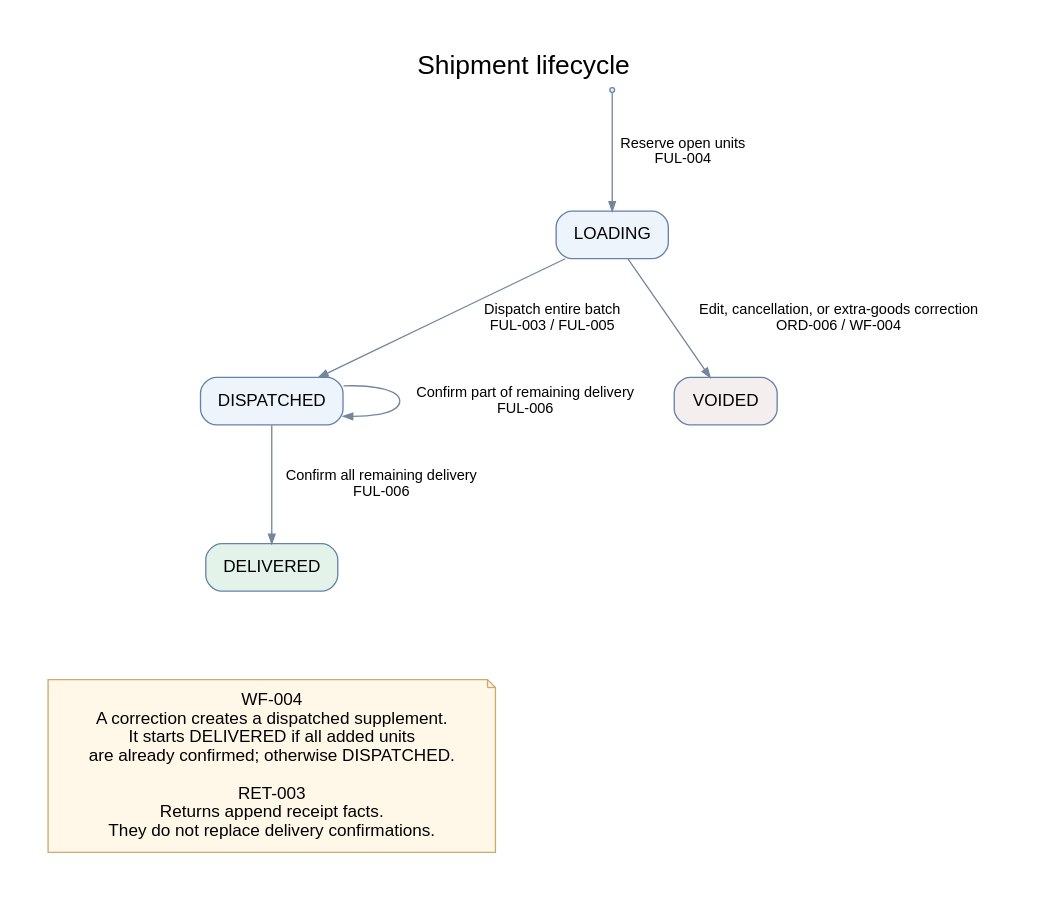
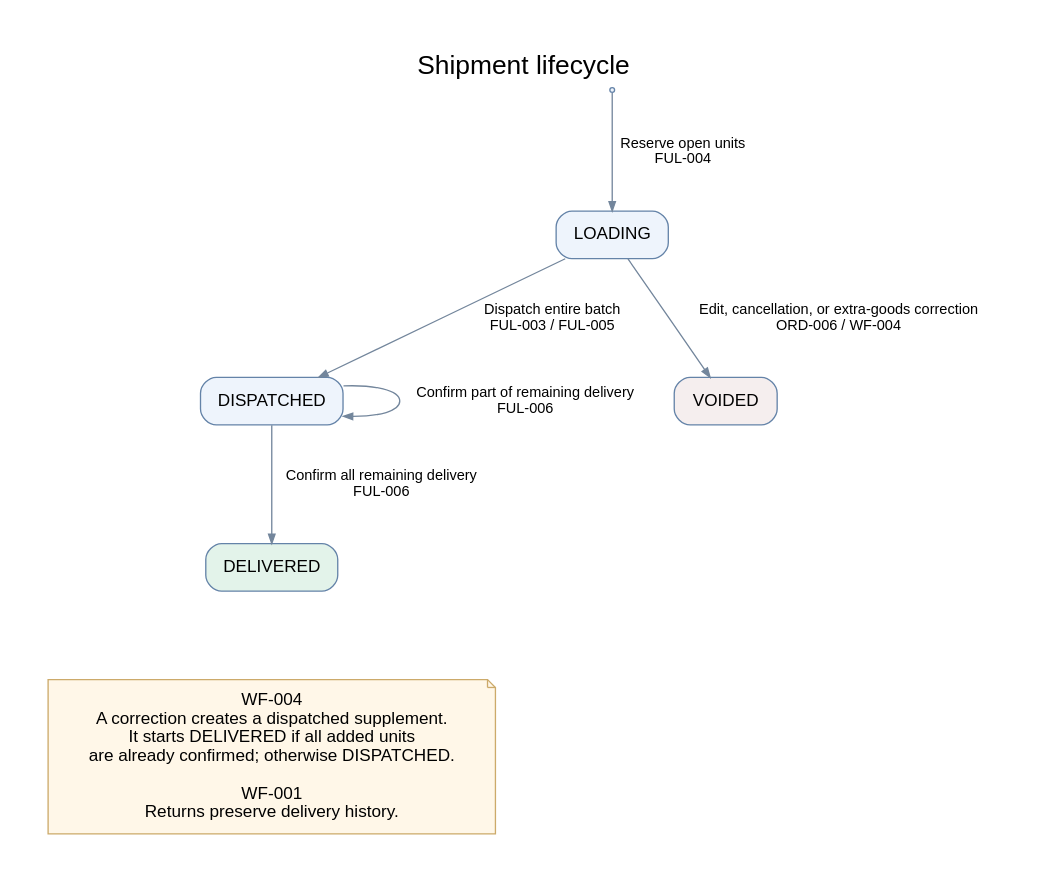
One commit to AviKKi/field-desk changed the diagram in docs/candidate-walkthrough/diagrams/shipment-lifecycle.dot. Above: the diagram before and after it, drawn with Graphviz. The commit also changed 8 other files, not shown here.

```diff
--- a/docs/candidate-walkthrough/diagrams/shipment-lifecycle.dot
+++ b/docs/candidate-walkthrough/diagrams/shipment-lifecycle.dot
@@ -1,17 +1,17 @@
 digraph ShipmentLifecycle {
   graph [rankdir=TB, bgcolor="white", pad=0.4, nodesep=0.6, ranksep=0.9, fontname="Helvetica", fontsize=20, label="Shipment lifecycle", labelloc=t];
   node [shape=box, style="rounded,filled", fillcolor="#eef4fc", color="#6483a8", fontname="Helvetica", fontsize=13, margin="0.18,0.12"];
   edge [color="#73869c", fontname="Helvetica", fontsize=11, arrowsize=0.7];
   start [shape=point, label=""];
   loading [label="LOADING"];
   dispatched [label="DISPATCHED"];
   delivered [label="DELIVERED", fillcolor="#e3f3ea"];
   voided [label="VOIDED", fillcolor="#f5eeee"];
   start -> loading [label="Reserve open units\nFUL-004"];
   loading -> dispatched [label="Dispatch entire batch\nFUL-003 / FUL-005"];
   loading -> voided [label="Edit, cancellation, or extra-goods correction\nORD-006 / WF-004"];
   dispatched -> dispatched [label="Confirm part of remaining delivery\nFUL-006"];
   dispatched -> delivered [label="Confirm all remaining delivery\nFUL-006"];
-  note [shape=note, fillcolor="#fff7e8", color="#ccaa6a", label="WF-004\nA correction creates a dispatched supplement.\nIt starts DELIVERED if all added units\nare already confirmed; otherwise DISPATCHED.\n\nRET-003\nReturns append receipt facts.\nThey do not replace delivery confirmations."];
+  note [shape=note, fillcolor="#fff7e8", color="#ccaa6a", label="WF-004\nA correction creates a dispatched supplement.\nIt starts DELIVERED if all added units\nare already confirmed; otherwise DISPATCHED.\n\nWF-001\nReturns preserve delivery history."];
   delivered -> note [style=invis];
 }
```
